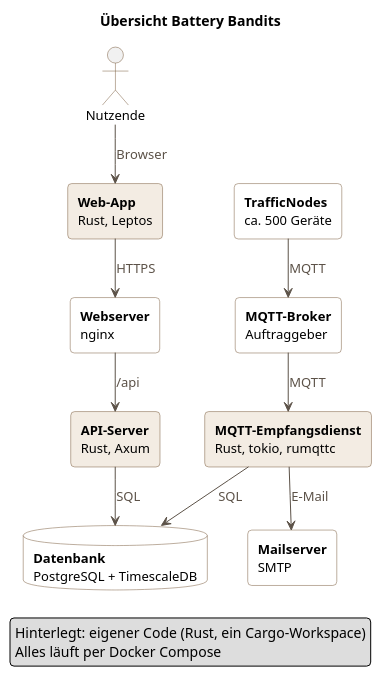
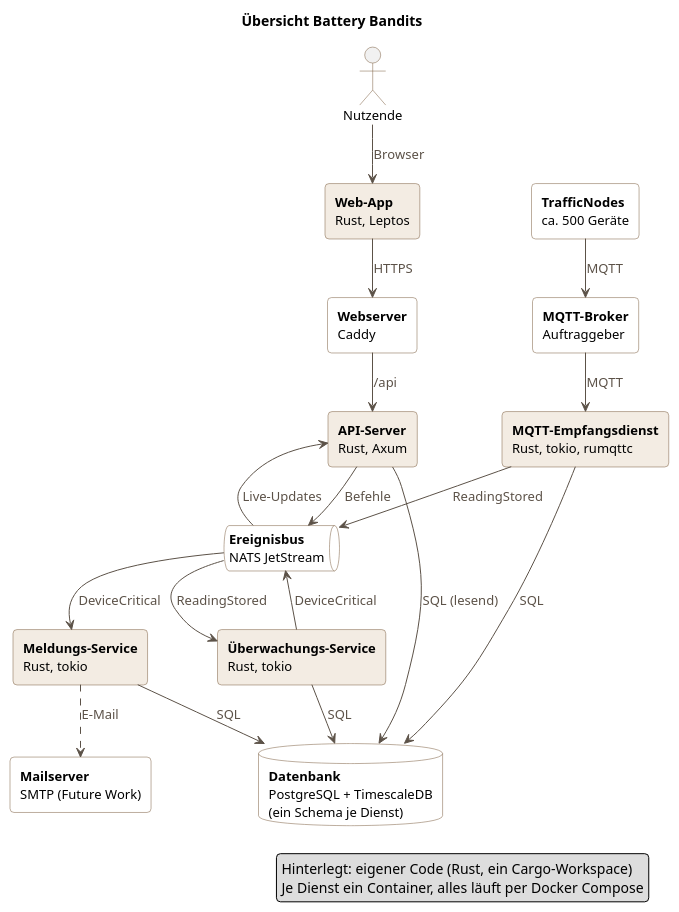
The diagram in docs/diagrams/architecture/uebersicht.puml (Noah9935/Battery-Bandits), drawn with PlantUML before and after one commit. The commit also changed 5 other files, not shown here.

```diff
--- a/docs/diagrams/architecture/uebersicht.puml
+++ b/docs/diagrams/architecture/uebersicht.puml
@@ -1,79 +1,107 @@
 @startuml uebersicht
 skinparam shadowing false
 skinparam roundCorner 8
 skinparam defaultFontSize 13
 skinparam ArrowColor #5C5248
 skinparam ArrowFontColor #5C5248
 skinparam rectangle {
+  BackgroundColor #FFFFFF
+  BorderColor #7A5C3E
+}
+skinparam queue {
   BackgroundColor #FFFFFF
   BorderColor #7A5C3E
 }
 skinparam database {
   BackgroundColor #FFFFFF
   BorderColor #7A5C3E
 }
 skinparam actor {
   BorderColor #7A5C3E
 }
 skinparam nodesep 40
 skinparam ranksep 40
 
 title Übersicht Battery Bandits
 
 actor "Nutzende" as user
 
 rectangle web #F3ECE3 [
 **Web-App**
 Rust, Leptos
 ]
 
-rectangle nginx [
+rectangle caddy [
 **Webserver**
-nginx
+Caddy
 ]
 
 rectangle api #F3ECE3 [
 **API-Server**
 Rust, Axum
 ]
 
 rectangle ingest #F3ECE3 [
 **MQTT-Empfangsdienst**
 Rust, tokio, rumqttc
 ]
 
+rectangle monitor #F3ECE3 [
+**Überwachungs-Service**
+Rust, tokio
+]
+
+rectangle incidents #F3ECE3 [
+**Meldungs-Service**
+Rust, tokio
+]
+
+queue bus [
+**Ereignisbus**
+NATS JetStream
+]
+
 database db [
 **Datenbank**
 PostgreSQL + TimescaleDB
+(ein Schema je Dienst)
 ]
 
 rectangle broker [
 **MQTT-Broker**
 Auftraggeber
 ]
 
 rectangle tn [
 **TrafficNodes**
 ca. 500 Geräte
 ]
 
 rectangle smtp [
 **Mailserver**
-SMTP
+SMTP (Future Work)
 ]
 
 user --> web : Browser
-web --> nginx : HTTPS
-nginx --> api : /api
-api --> db : SQL
+web --> caddy : HTTPS
+caddy --> api : /api
 
 tn --> broker : MQTT
 broker --> ingest : MQTT
 ingest --> db : SQL
-ingest --> smtp : E-Mail
+ingest --> bus : ReadingStored
+bus --> monitor : ReadingStored
+monitor --> db : SQL
+monitor --> bus : DeviceCritical
+bus --> incidents : DeviceCritical
+incidents --> db : SQL
+incidents ..> smtp : E-Mail
+api --> db : SQL (lesend)
+bus --> api : Live-Updates
+api --> bus : Befehle
 
 legend right
   Hinterlegt: eigener Code (Rust, ein Cargo-Workspace)
-  Alles läuft per Docker Compose
+  Je Dienst ein Container, alles läuft per Docker Compose
 endlegend
 @enduml
```
